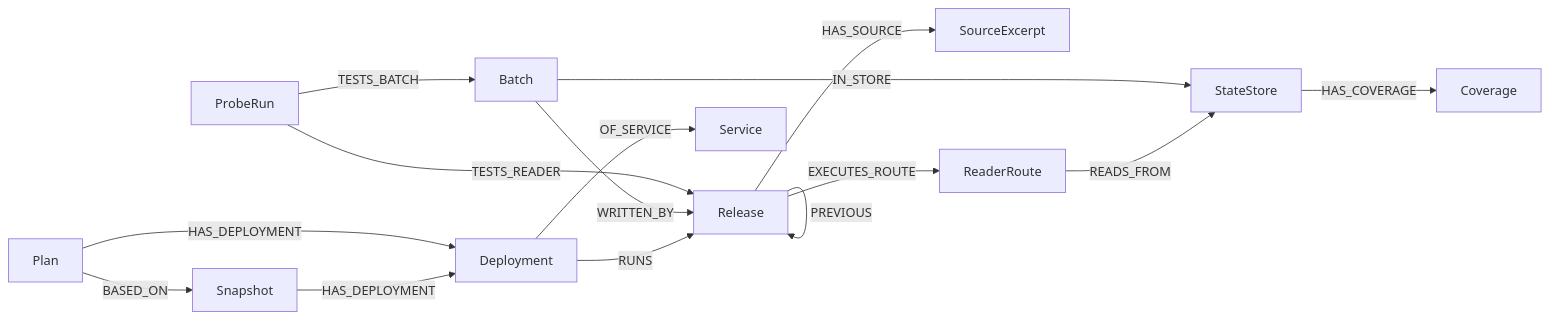
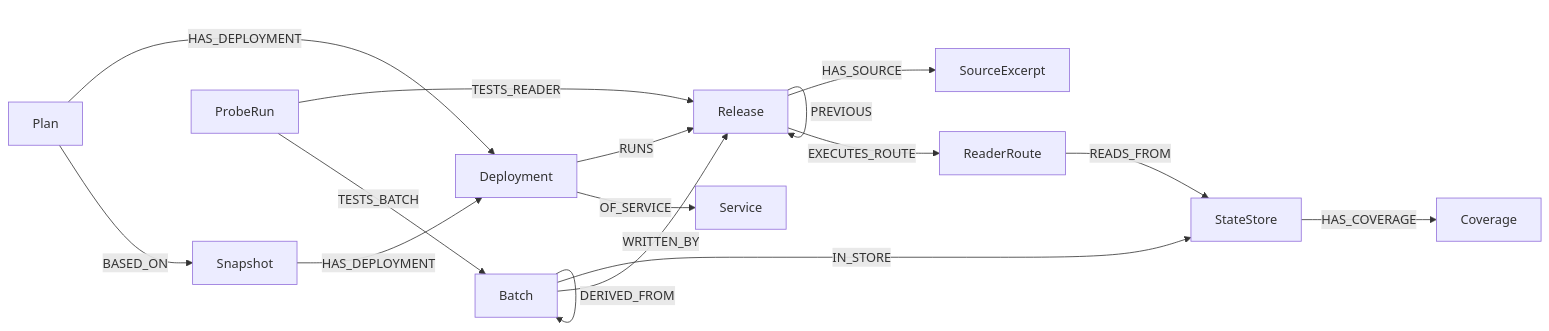
Before and after one commit to Ep1cGaimer/FalkorDB_agent: the first of 2 diagrams in README.md, drawn with Mermaid. The commit also changed other lines of this file and 270 other files, not shown here.

````diff
--- a/README.md
+++ b/README.md
@@ -95,17 +102,18 @@
 ```mermaid
 graph LR
   Snapshot -- HAS_DEPLOYMENT --> Deployment
   Plan -- HAS_DEPLOYMENT --> Deployment
   Plan -- BASED_ON --> Snapshot
   Deployment -- RUNS --> Release
   Deployment -- OF_SERVICE --> Service
   Release -- PREVIOUS --> Release
   Release -- HAS_SOURCE --> SourceExcerpt
   Release -- EXECUTES_ROUTE --> ReaderRoute
   ReaderRoute -- READS_FROM --> StateStore
   StateStore -- HAS_COVERAGE --> Coverage
   Batch -- IN_STORE --> StateStore
   Batch -- WRITTEN_BY --> Release
+  Batch -- DERIVED_FROM --> Batch
   ProbeRun -- TESTS_READER --> Release
   ProbeRun -- TESTS_BATCH --> Batch
 ```
````
